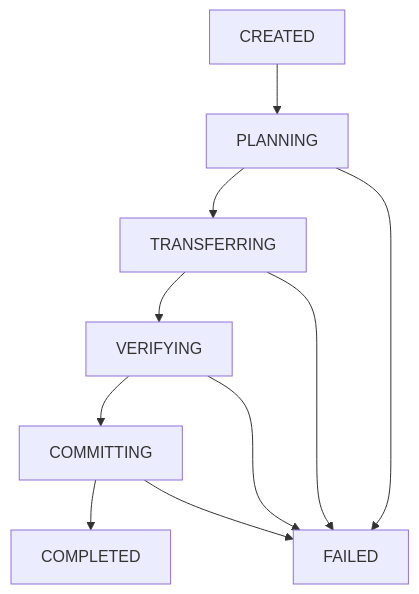
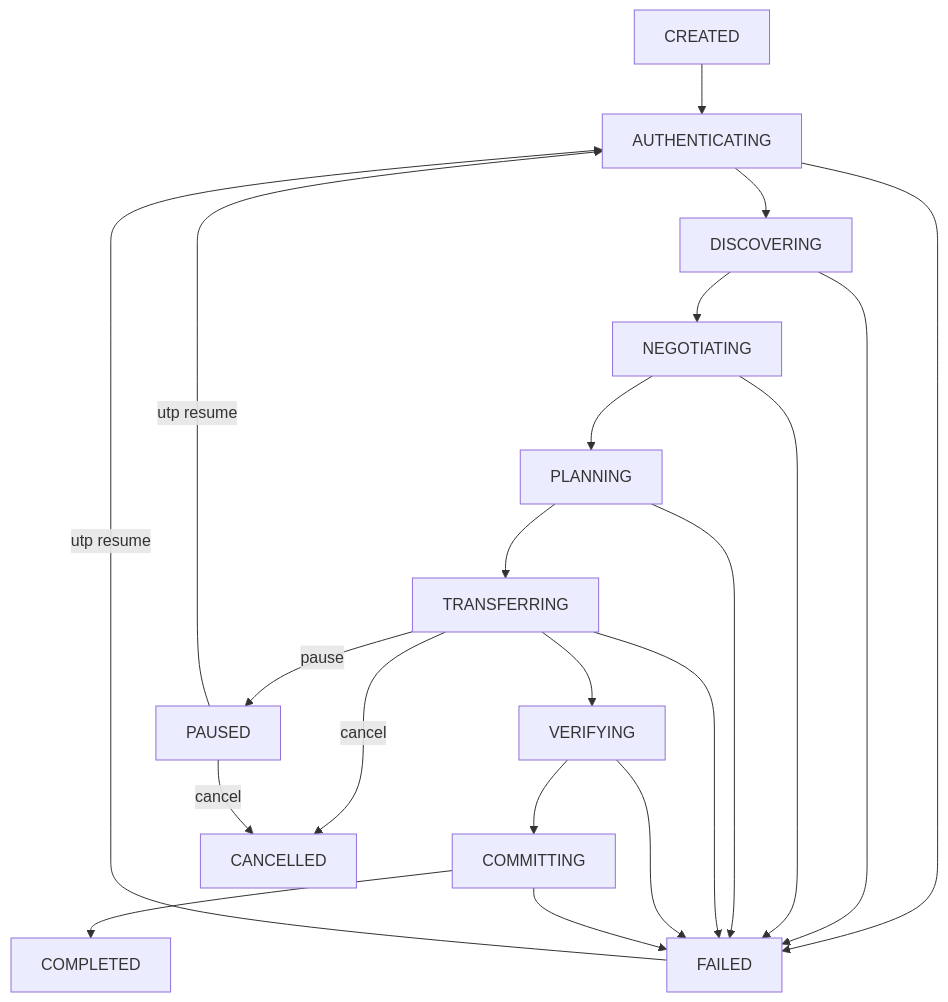
Before and after one commit to ARPIT-NAYAK-LEGEND/Cloud-Transfer-Protocol: the diagram in protocol/transfer-lifecycle.md, drawn with Mermaid. The commit also changed other lines of this file and 3 other files, not shown here.

First line of the commit message:
feat(engine): implement honest lifecycle, non-destructive pause/resume and cancel (P2.2 - P2.5)

````diff
--- a/protocol/transfer-lifecycle.md
+++ b/protocol/transfer-lifecycle.md
@@ -25,13 +30,27 @@
 ```mermaid
 graph TD
-    CREATED --> PLANNING
+    CREATED --> AUTHENTICATING
+    AUTHENTICATING --> DISCOVERING
+    DISCOVERING --> NEGOTIATING
+    NEGOTIATING --> PLANNING
     PLANNING --> TRANSFERRING
     TRANSFERRING --> VERIFYING
     VERIFYING --> COMMITTING
     COMMITTING --> COMPLETED
-    
+
+    TRANSFERRING -- "pause" --> PAUSED
+    PAUSED -- "utp resume" --> AUTHENTICATING
+
+    TRANSFERRING -- "cancel" --> CANCELLED
+    PAUSED -- "cancel" --> CANCELLED
+
+    AUTHENTICATING --> FAILED
+    DISCOVERING --> FAILED
+    NEGOTIATING --> FAILED
     PLANNING --> FAILED
     TRANSFERRING --> FAILED
     VERIFYING --> FAILED
     COMMITTING --> FAILED
+
+    FAILED -- "utp resume" --> AUTHENTICATING
 ```
````
